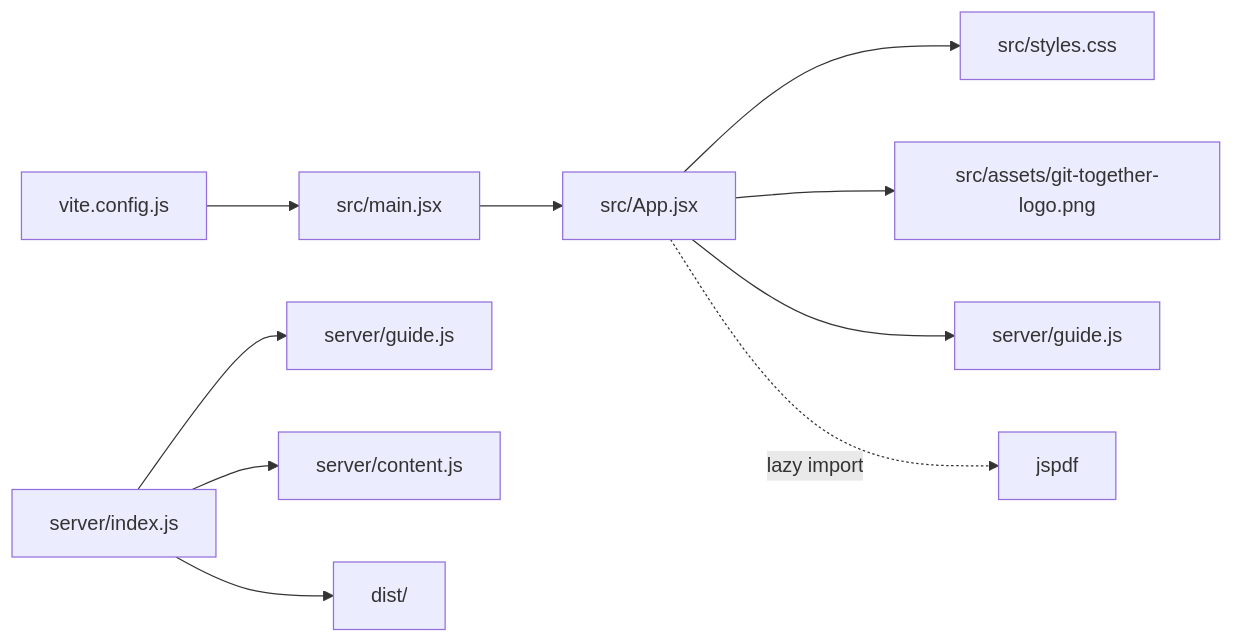
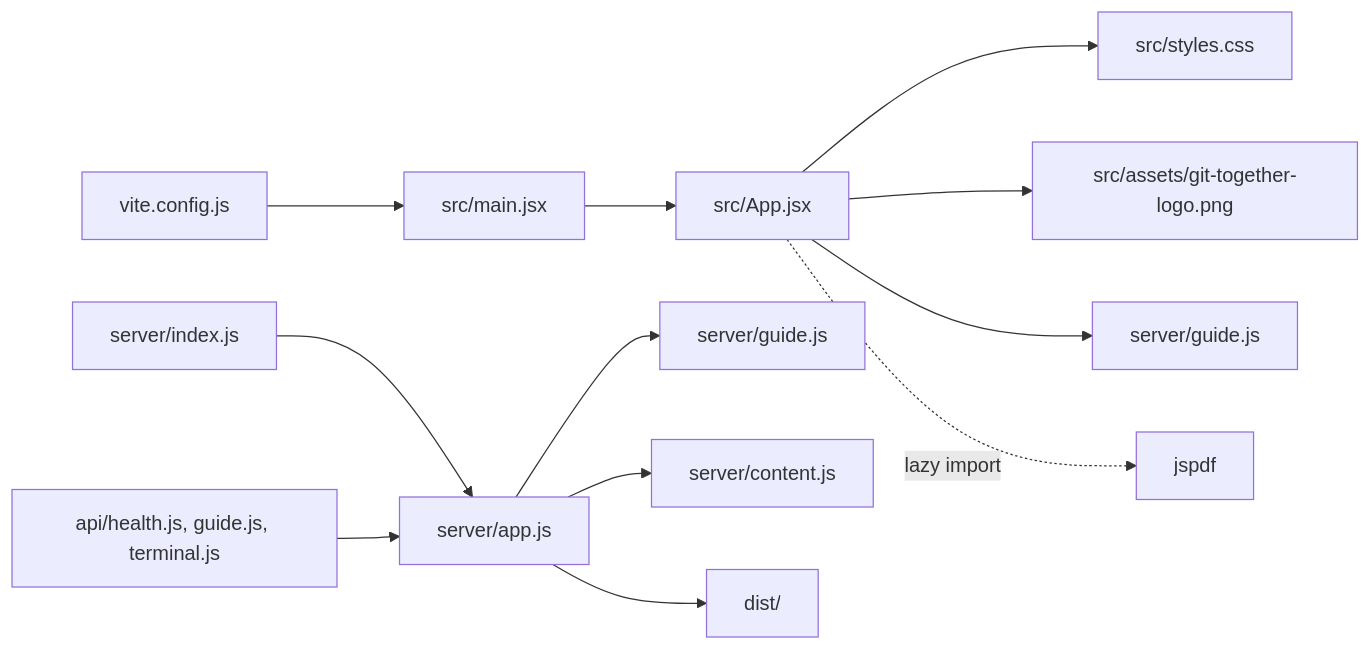
One commit to MoriartyLink/git-guide changed the third of 9 diagrams in docs/ARCHITECTURE.md. Above: the diagram before and after it, drawn with Mermaid. The commit also changed other lines of this file and 10 other files, not shown here.

Commit message:
Add Vercel API functions and expanded contributor lessons

````diff
--- a/docs/ARCHITECTURE.md
+++ b/docs/ARCHITECTURE.md
@@ -62,12 +64,14 @@
 ```mermaid
 flowchart LR
     Main["src/main.jsx"] --> App["src/App.jsx"]
     App --> Styles["src/styles.css"]
     App --> Asset["src/assets/git-together-logo.png"]
     App --> GuideFallback["server/guide.js"]
     App -. lazy import .-> JsPDF["jspdf"]
-    Server["server/index.js"] --> Guide["server/guide.js"]
+    Server["server/app.js"] --> Guide["server/guide.js"]
     Server --> Responses["server/content.js"]
+    NodeEntry["server/index.js"] --> Server
+    VercelEntry["api/health.js, guide.js, terminal.js"] --> Server
     Vite["vite.config.js"] --> Main
     Server --> Dist["dist/"]
 ```
````
